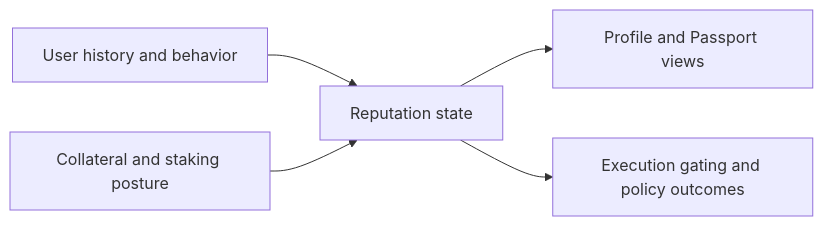
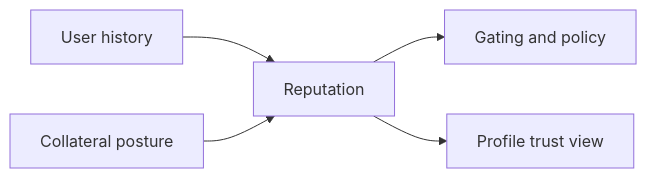
Before and after one commit to Obsqra-Labs/zkdefi: the diagram in docs-site/docs/reputation-system.md, drawn with Mermaid. The commit also changed other lines of this file and 681 other files, not shown here.

````diff
--- a/docs-site/docs/reputation-system.md
+++ b/docs-site/docs/reputation-system.md
@@ -15,7 +14,7 @@
 ```mermaid
 flowchart LR
-  H[User history and behavior] --> R[Reputation state]
-  C[Collateral and staking posture] --> R
-  R --> P[Profile and Passport views]
-  R --> G[Execution gating and policy outcomes]
+  H[User history] --> R[Reputation]
+  C[Collateral posture] --> R
+  R --> G[Gating and policy]
+  R --> P[Profile trust view]
 ```
````
